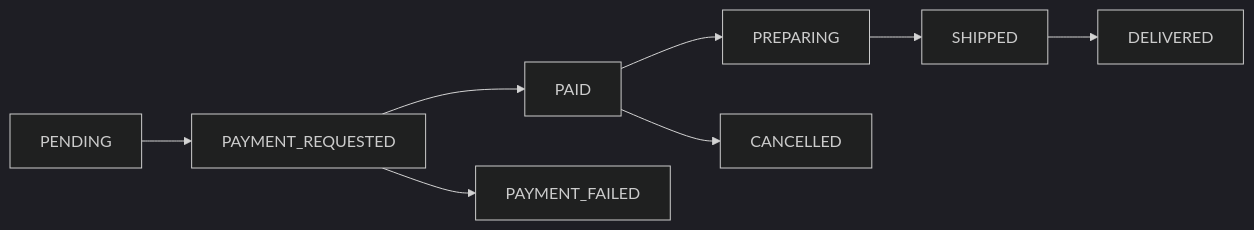
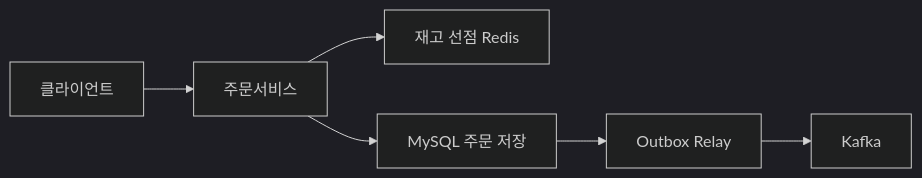
Before and after one commit to yjkim2015/yjkim2015.github.io: the fourth of 4 diagrams in _posts/systemdesign/2026-05-11-system-design-order.md, drawn with Mermaid (dark theme). The commit also changed other lines of this file and 4 other files, not shown here.

````diff
--- a/_posts/systemdesign/2026-05-11-system-design-order.md
+++ b/_posts/systemdesign/2026-05-11-system-design-order.md
@@ -182,10 +1016,8 @@
 ```mermaid
 graph LR
-    A[PENDING] --> B[PAYMENT_REQUESTED]
-    B --> C[PAID]
-    B --> D[PAYMENT_FAILED]
-    C --> E[PREPARING]
-    E --> F[SHIPPED]
-    F --> G[DELIVERED]
-    C --> H[CANCELLED]
+    A[클라이언트] --> B[주문서비스]
+    B --> C[재고 선점 Redis]
+    B --> D[MySQL 주문 저장]
+    D --> E[Outbox Relay]
+    E --> F[Kafka]
 ```
````
